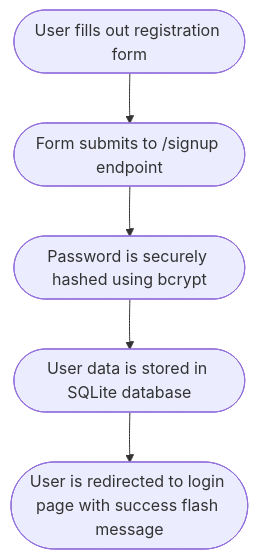
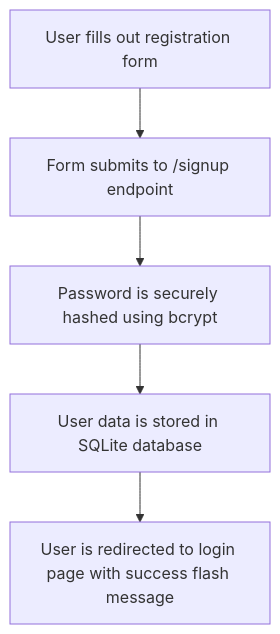
One commit to chaitanyasaiyerra/Musuem-chatbot changed the second of 15 diagrams in STEP_BY_STEP_GUIDE.md. Above: the diagram before and after it, drawn with Mermaid. The commit also changed other lines of this file and 1 other file, not shown here.

Commit message:
docs: wrap mermaid nodes in standard boxes with quotes to prevent text wrapping

````diff
--- a/STEP_BY_STEP_GUIDE.md
+++ b/STEP_BY_STEP_GUIDE.md
@@ -29,7 +29,7 @@
 ```mermaid
 graph TD
-    A([User fills out registration form]) --> B([Form submits to /signup endpoint])
-    B --> C([Password is securely hashed using bcrypt])
-    C --> D([User data is stored in SQLite database])
-    D --> E([User is redirected to login page with success flash message])
+    A["User fills out registration form"] --> B["Form submits to /signup endpoint"]
+    B --> C["Password is securely hashed using bcrypt"]
+    C --> D["User data is stored in SQLite database"]
+    D --> E["User is redirected to login page with success flash message"]
 ```
````
